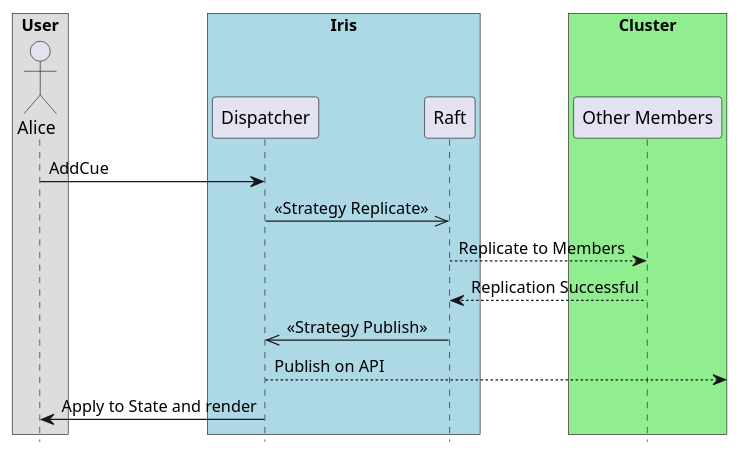
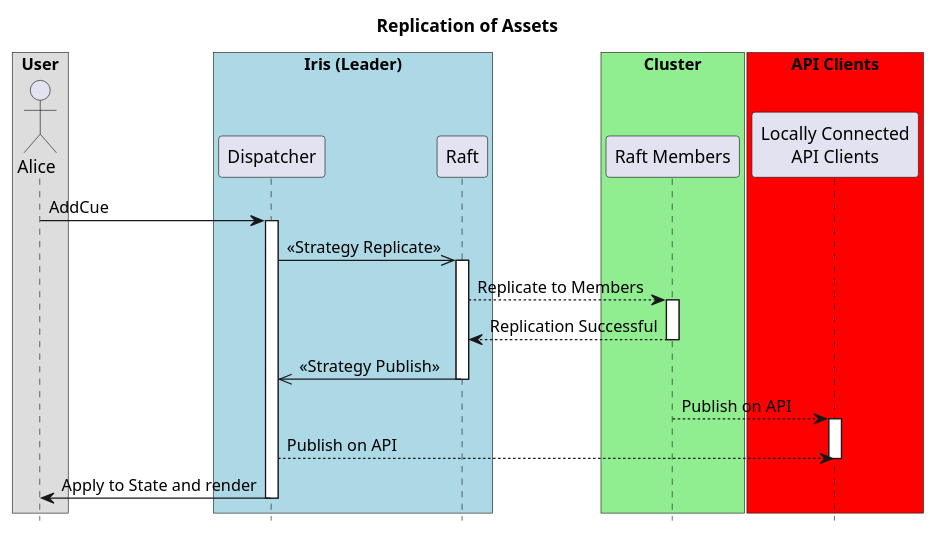
Before and after one commit to dis-co/disco: the first of 3 diagrams in dotnet/docs/diagrams/events.org, drawn with PlantUML. The commit also changed other lines of this file, not shown here.

Commit message:
more experiments with plantuml

```diff
--- a/dotnet/docs/diagrams/events.org
+++ b/dotnet/docs/diagrams/events.org
@@ -5,24 +16,39 @@
-#+begin_src plantuml :file tryout.png
+#+BEGIN_SRC plantuml :file replication_of_assets.png
+title Replication of Assets
+
 hide footbox
 
 box "User"
     actor "Alice" as C
 end box
 
-box "Iris" #Lightblue
+box "Iris (Leader)" #Lightblue
     participant "Dispatcher" as A
     participant "Raft" as B
 end box
 
 box "Cluster" #LightGreen
-    participant "Other Members" as D
+    participant "Raft Members" as D
+end box
+
+box "API Clients" #red
+    participant "Locally Connected\nAPI Clients" as E
 end box
 
 C ->  A: AddCue
+activate A
 A ->> B: << Strategy Replicate >>
+activate B
 B --> D: Replicate to Members
+activate D
 B <-- D: Replication Successful
+deactivate D
 B ->> A: << Strategy Publish >>
-A -->] : Publish on API
+deactivate B
+D --> E: Publish on API
+activate E
+A --> E: Publish on API
+deactivate E
 A ->  C: Apply to State and render
-#+end_src
+deactivate A
+#+END_SRC
```
